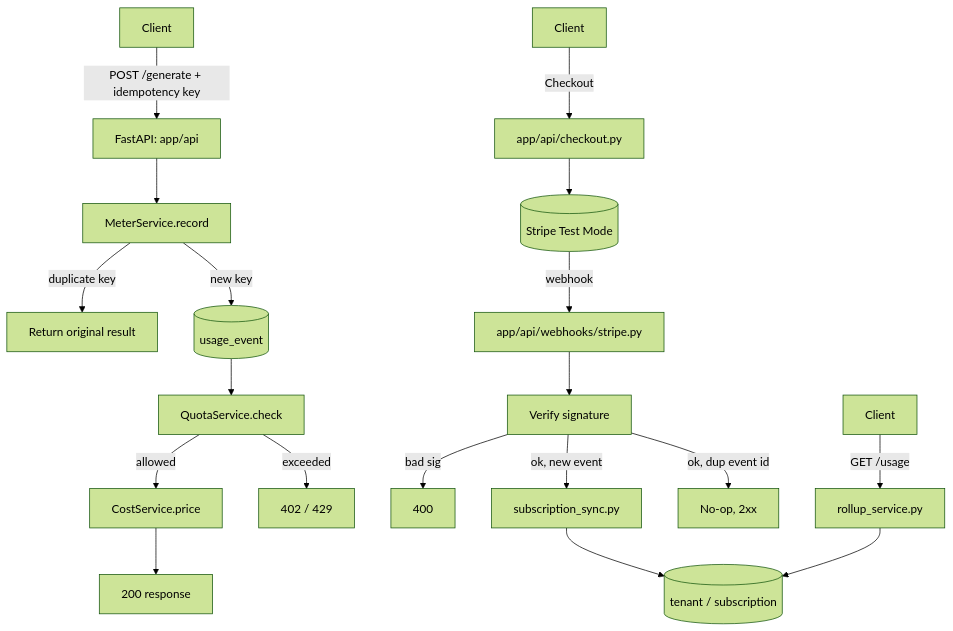
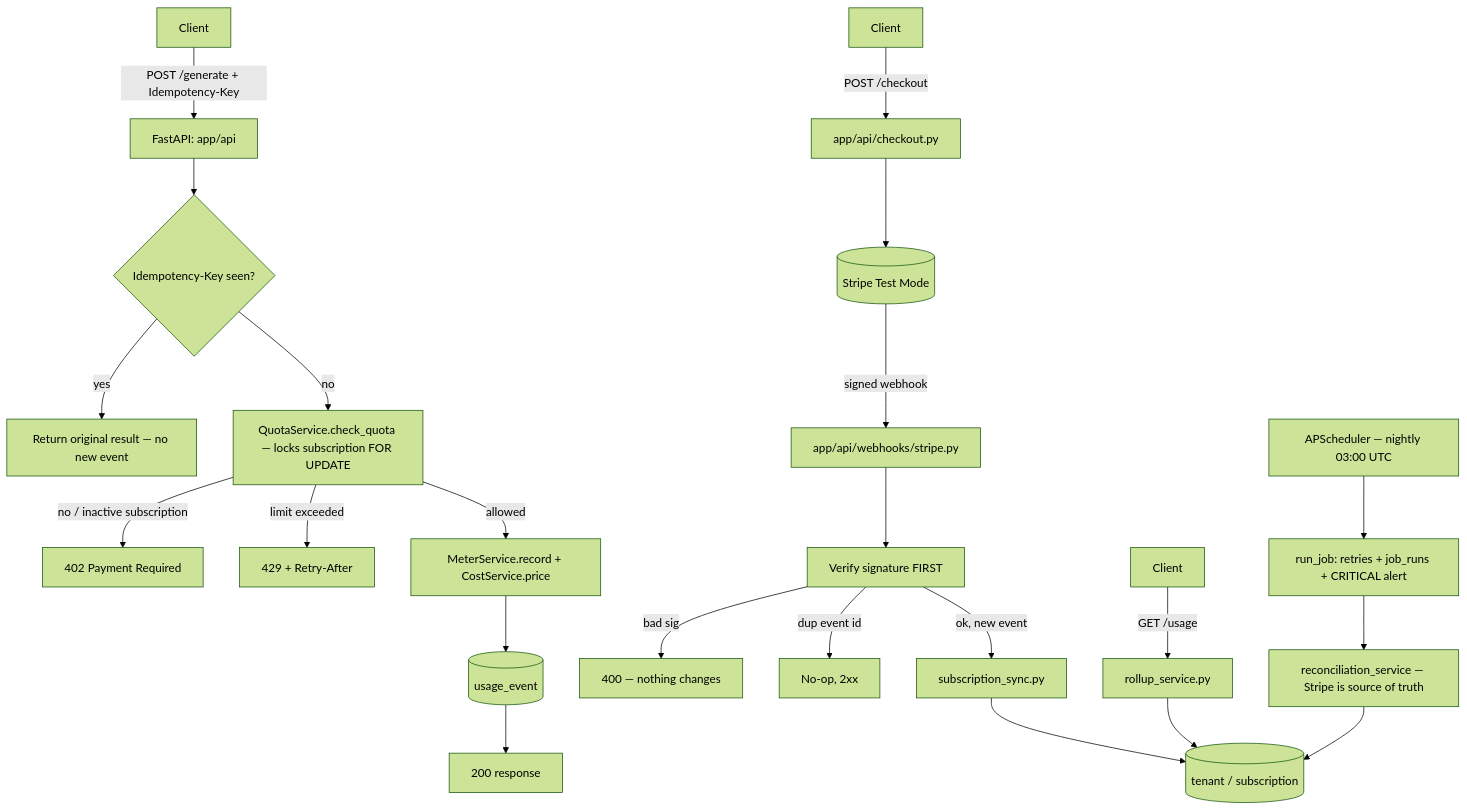
One commit to Nikhil-264/flyrank-capstone-metering-billing changed the diagram in docs/architecture-diagram.md. Above: the diagram before and after it, drawn with Mermaid (forest theme). The commit also changed other lines of this file and 43 other files, not shown here.

````diff
--- a/docs/architecture-diagram.md
+++ b/docs/architecture-diagram.md
@@ -5,23 +5,28 @@
 ```mermaid
 flowchart TD
-    Client -->|POST /generate + idempotency key| API[FastAPI: app/api]
-    API --> Meter[MeterService.record]
-    Meter -->|duplicate key| Return[Return original result]
-    Meter -->|new key| Store[(usage_event)]
-    Store --> Quota[QuotaService.check]
-    Quota -->|allowed| Cost[CostService.price]
-    Quota -->|exceeded| Err[402 / 429]
-    Cost --> Resp[200 response]
+    Client -->|POST /generate + Idempotency-Key| API[FastAPI: app/api]
+    API --> Dedup{Idempotency-Key seen?}
+    Dedup -->|yes| Return[Return original result — no new event]
+    Dedup -->|no| Quota[QuotaService.check_quota — locks subscription FOR UPDATE]
+    Quota -->|no / inactive subscription| Err402[402 Payment Required]
+    Quota -->|limit exceeded| Err429[429 + Retry-After]
+    Quota -->|allowed| Meter[MeterService.record + CostService.price]
+    Meter --> Store[(usage_event)]
+    Store --> Resp[200 response]
 
-    ClientC[Client] -->|Checkout| Checkout[app/api/checkout.py]
+    ClientC[Client] -->|POST /checkout| Checkout[app/api/checkout.py]
     Checkout --> Stripe[(Stripe Test Mode)]
-    Stripe -->|webhook| WH[app/api/webhooks/stripe.py]
-    WH --> Verify[Verify signature]
-    Verify -->|bad sig| Err400[400]
+    Stripe -->|signed webhook| WH[app/api/webhooks/stripe.py]
+    WH --> Verify[Verify signature FIRST]
+    Verify -->|bad sig| Err400[400 — nothing changes]
+    Verify -->|dup event id| NoOp[No-op, 2xx]
     Verify -->|ok, new event| Sync[subscription_sync.py]
-    Verify -->|ok, dup event id| NoOp[No-op, 2xx]
     Sync --> DB[(tenant / subscription)]
 
     ClientR[Client] -->|GET /usage| Rollup[rollup_service.py]
     Rollup --> DB
+
+    Cron[APScheduler — nightly 03:00 UTC] --> Runner[run_job: retries + job_runs + CRITICAL alert]
+    Runner --> Recon[reconciliation_service — Stripe is source of truth]
+    Recon --> DB
 ```
````
